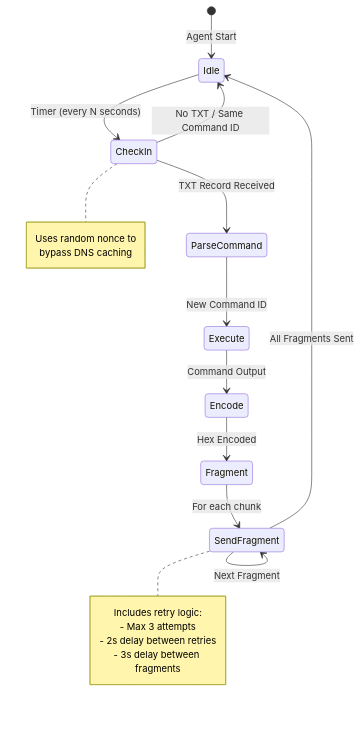
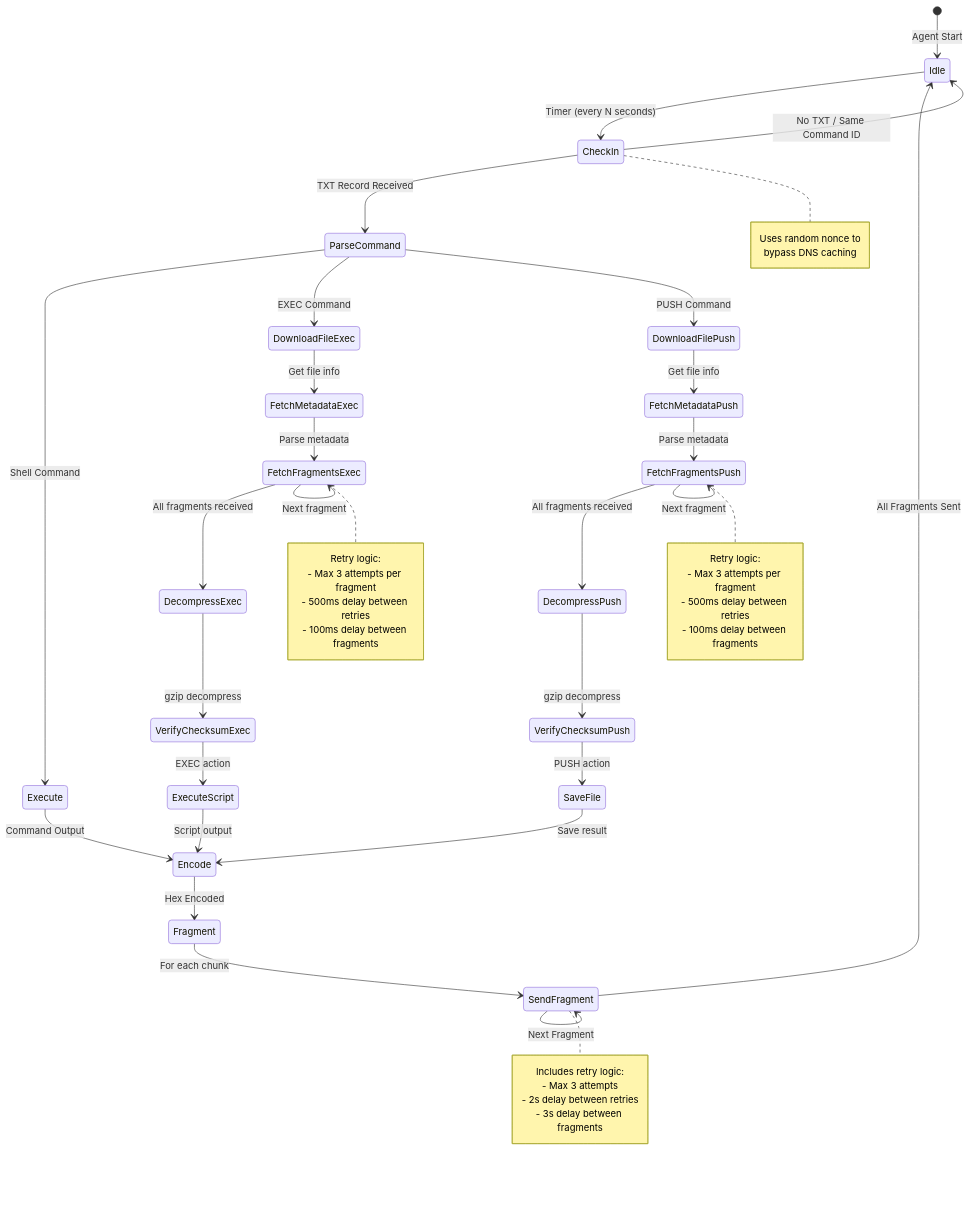
The fifth of 6 diagrams in README.md (0xreth/dns_c2), drawn with Mermaid before and after one commit. The commit also changed other lines of this file and 8 other files, not shown here.

````diff
--- a/README.md
+++ b/README.md
@@ -341,28 +522,59 @@
 ```mermaid
 stateDiagram-v2
     [*] --> Idle: Agent Start
     
     Idle --> CheckIn: Timer (every N seconds)
     CheckIn --> ParseCommand: TXT Record Received
     CheckIn --> Idle: No TXT / Same Command ID
     
-    ParseCommand --> Execute: New Command ID
+    ParseCommand --> Execute: Shell Command
+    ParseCommand --> DownloadFileExec: EXEC Command
+    ParseCommand --> DownloadFilePush: PUSH Command
+    
     Execute --> Encode: Command Output
+    
+    DownloadFileExec --> FetchMetadataExec: Get file info
+    DownloadFilePush --> FetchMetadataPush: Get file info
+    FetchMetadataExec --> FetchFragmentsExec: Parse metadata
+    FetchMetadataPush --> FetchFragmentsPush: Parse metadata
+    FetchFragmentsExec --> FetchFragmentsExec: Next fragment
+    FetchFragmentsPush --> FetchFragmentsPush: Next fragment
+    FetchFragmentsExec --> DecompressExec: All fragments received
+    FetchFragmentsPush --> DecompressPush: All fragments received
+    DecompressExec --> VerifyChecksumExec: gzip decompress
+    DecompressPush --> VerifyChecksumPush: gzip decompress
+    VerifyChecksumExec --> ExecuteScript: EXEC action
+    VerifyChecksumPush --> SaveFile: PUSH action
+    ExecuteScript --> Encode: Script output
+    SaveFile --> Encode: Save result
+    
     Encode --> Fragment: Hex Encoded
-    
     Fragment --> SendFragment: For each chunk
     SendFragment --> SendFragment: Next Fragment
     SendFragment --> Idle: All Fragments Sent
     
     note right of SendFragment
         Includes retry logic:
         - Max 3 attempts
         - 2s delay between retries
         - 3s delay between fragments
     end note
     
     note right of CheckIn
         Uses random nonce to
         bypass DNS caching
     end note
+    
+    note right of FetchFragmentsExec
+        Retry logic:
+        - Max 3 attempts per fragment
+        - 500ms delay between retries
+        - 100ms delay between fragments
+    end note
+    note right of FetchFragmentsPush
+        Retry logic:
+        - Max 3 attempts per fragment
+        - 500ms delay between retries
+        - 100ms delay between fragments
+    end note
 ```
````
